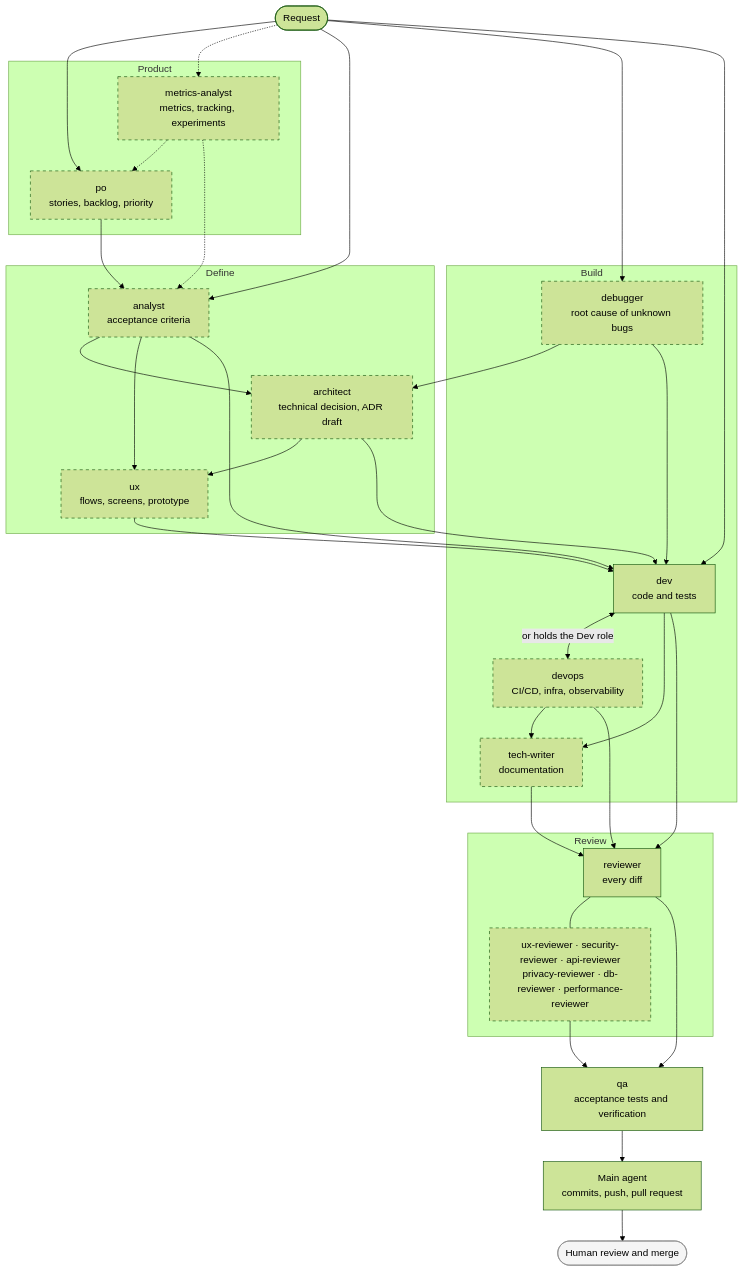
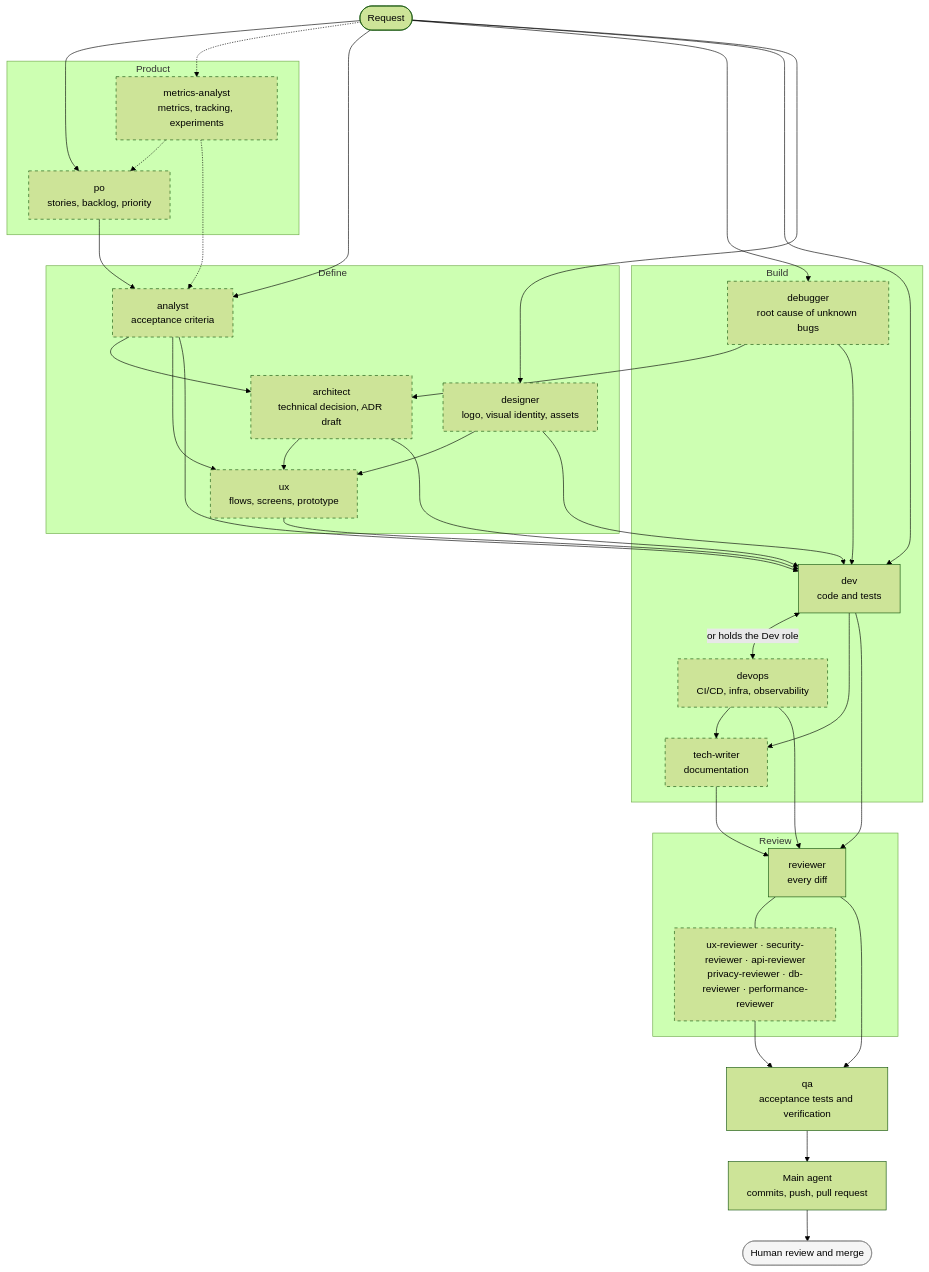
The diagram in README.md (ifdevtecnologia/ifdev-agent-team), drawn with Mermaid (forest theme) before and after one commit. The commit also changed other lines of this file and 8 other files, not shown here.

Commit message:
✨ feat(agents): add designer agent for logos and visual identity

````diff
--- a/README.md
+++ b/README.md
@@ -200,62 +201,66 @@
 ```mermaid
 flowchart TD
     classDef optional stroke-dasharray: 5 5
     classDef human fill:#f5f5f5,stroke:#888
 
     request([Request])
 
     subgraph product["Product"]
         po["po<br/>stories, backlog, priority"]:::optional
         metrics["metrics-analyst<br/>metrics, tracking, experiments"]:::optional
     end
 
     subgraph define["Define"]
         analyst["analyst<br/>acceptance criteria"]:::optional
         architect["architect<br/>technical decision, ADR draft"]:::optional
         ux["ux<br/>flows, screens, prototype"]:::optional
+        designer["designer<br/>logo, visual identity, assets"]:::optional
     end
 
     subgraph build["Build"]
         debugger["debugger<br/>root cause of unknown bugs"]:::optional
         dev["dev<br/>code and tests"]
         devops["devops<br/>CI/CD, infra, observability"]:::optional
         writer["tech-writer<br/>documentation"]:::optional
     end
 
     subgraph review["Review"]
         reviewer["reviewer<br/>every diff"]
         specialized["ux-reviewer · security-reviewer · api-reviewer<br/>privacy-reviewer · db-reviewer · performance-reviewer"]:::optional
     end
 
     qa["qa<br/>acceptance tests and verification"]
     delivery["Main agent<br/>commits, push, pull request"]
     merge(["Human review and merge"]):::human
 
     request --> po
     request -.-> metrics
     request --> analyst
     request --> debugger
     request --> dev
     po --> analyst
     metrics -.-> po
     metrics -.-> analyst
     analyst --> architect
     analyst --> ux
+    request --> designer
+    designer --> ux
+    designer --> dev
     architect --> ux
     architect --> dev
     ux --> dev
     analyst --> dev
     debugger --> architect
     debugger --> dev
     dev <-->|"or holds the Dev role"| devops
     dev --> writer
     devops --> writer
     dev --> reviewer
     devops --> reviewer
     writer --> reviewer
     reviewer --- specialized
     reviewer --> qa
     specialized --> qa
     qa --> delivery
     delivery --> merge
 ```
````
